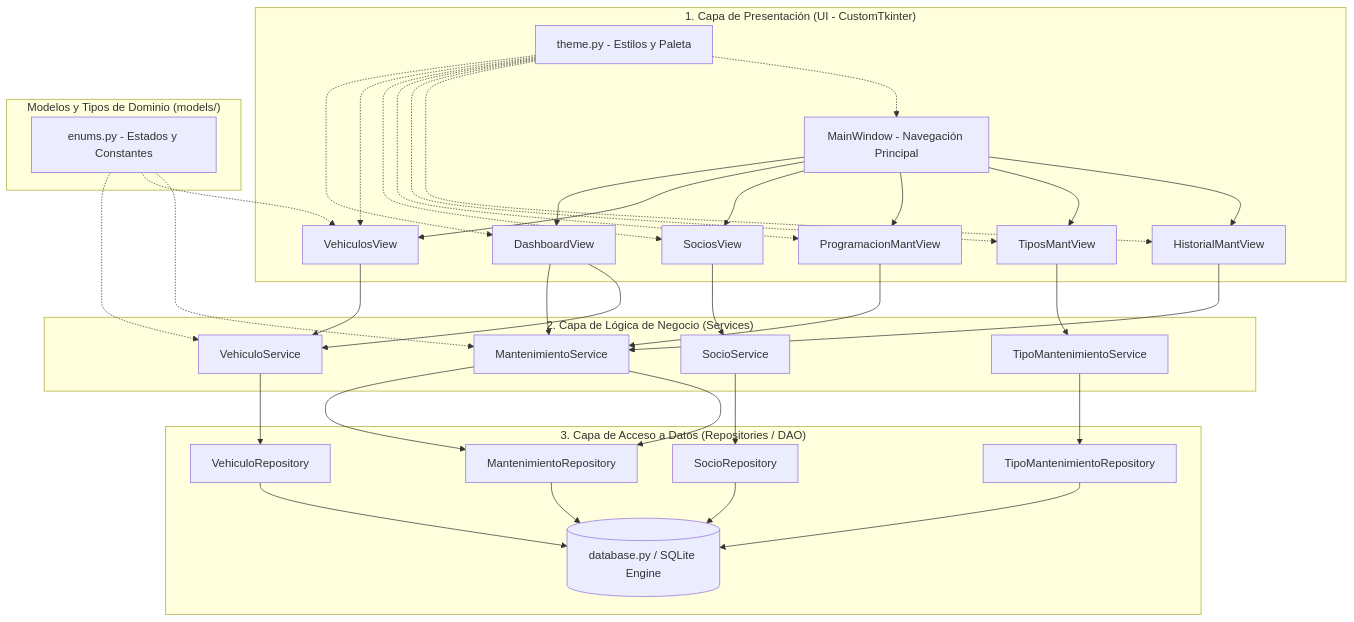
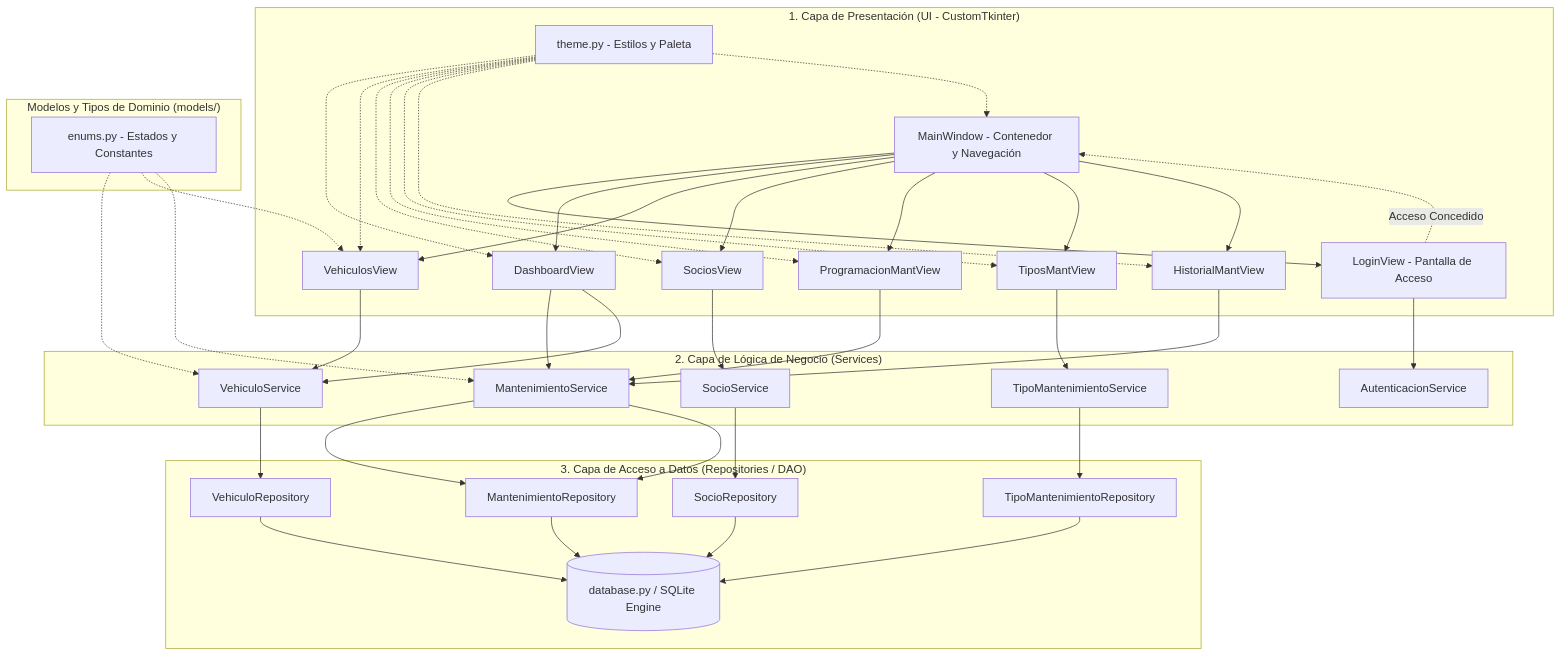
One commit to YOTR09/PROYECTO-MANTENIMIENTO changed the first of 2 diagrams in docs/ARQUITECTURA.md. Above: the diagram before and after it, drawn with Mermaid. The commit also changed other lines of this file and 4 other files, not shown here.

````diff
--- a/docs/ARQUITECTURA.md
+++ b/docs/ARQUITECTURA.md
@@ -11,42 +11,47 @@
 ```mermaid
 graph TD
     subgraph Presentacion ["1. Capa de Presentación (UI - CustomTkinter)"]
-        MW[MainWindow - Navegación Principal]
+        MW[MainWindow - Contenedor y Navegación]
+        V_Log[LoginView - Pantalla de Acceso]
         V_Dash[DashboardView]
         V_Veh[VehiculosView]
         V_Soc[SociosView]
         V_Prog[ProgramacionMantView]
         V_Tip[TiposMantView]
         V_Hist[HistorialMantView]
         THEME[theme.py - Estilos y Paleta]
     end
 
     subgraph Dominio ["Modelos y Tipos de Dominio (models/)"]
         ENUMS[enums.py - Estados y Constantes]
     end
 
     subgraph Negocio ["2. Capa de Lógica de Negocio (Services)"]
+        S_Auth[AutenticacionService]
         S_Veh[VehiculoService]
         S_Soc[SocioService]
         S_Tip[TipoMantenimientoService]
         S_Mant[MantenimientoService]
     end
 
     subgraph Datos ["3. Capa de Acceso a Datos (Repositories / DAO)"]
         R_Veh[VehiculoRepository]
         R_Soc[SocioRepository]
         R_Tip[TipoMantenimientoRepository]
         R_Mant[MantenimientoRepository]
         DB[(database.py / SQLite Engine)]
     end
 
+    MW --> V_Log
+    V_Log --> S_Auth
+    V_Log -.->|Acceso Concedido| MW
     MW --> V_Dash & V_Veh & V_Soc & V_Prog & V_Tip & V_Hist
     THEME -.-> V_Dash & V_Veh & V_Soc & V_Prog & V_Tip & V_Hist & MW
     ENUMS -.-> S_Veh & V_Veh & S_Mant
     V_Dash --> S_Mant & S_Veh
     V_Veh --> S_Veh --> R_Veh --> DB
     V_Soc --> S_Soc --> R_Soc --> DB
     V_Tip --> S_Tip --> R_Tip --> DB
     V_Prog --> S_Mant --> R_Mant --> DB
     V_Hist --> S_Mant --> R_Mant
 ```
````
